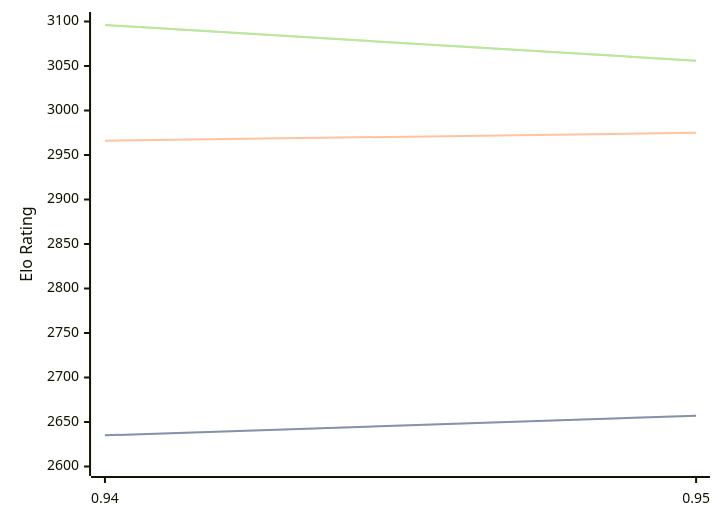
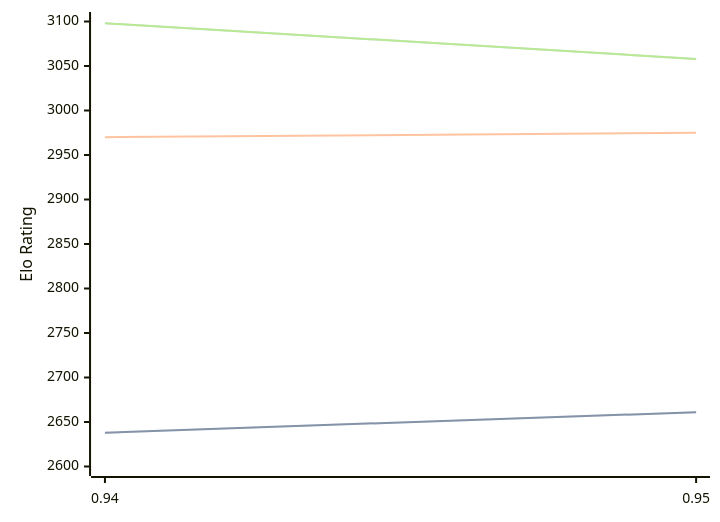
The diagram in engines/Myrddin.md (computer-chess-index/cci), drawn with Mermaid before and after one commit. The commit also changed other lines of this file, not shown here.

Commit message:
Update CCI Ratings (ELO VLTC) - 2026-04-30

````diff
--- a/engines/Myrddin.md
+++ b/engines/Myrddin.md
@@ -37,11 +37,11 @@
 ```mermaid
 %%{init: {"theme":"base","themeVariables":{"seriesColors:['#a3a3a3','#222221','#faa371']}}}%%
 xychart-beta
   x-axis ["0.94", "0.95"]
   y-axis "Elo Rating" 2600 --> 3100
-  line "STC (8.0+0.08s)" [2635, 2657]
-  line "STC (8.0+0.08s)" [2635, 2657]
-  line "LTC (60.0+0.60s)" [2966, 2975]
-  line "VLTC (2m24s+1.12s)" [3096, 3056]
-  line "VLTC (2m24s+1.12s)" [3096, 3056]
+  line "STC (8.0+0.08s)" [2638, 2661]
+  line "STC (8.0+0.08s)" [2638, 2661]
+  line "LTC (60.0+0.60s)" [2970, 2975]
+  line "VLTC (2m24s+1.12s)" [3098, 3058]
+  line "VLTC (2m24s+1.12s)" [3098, 3058]
 ```
````
